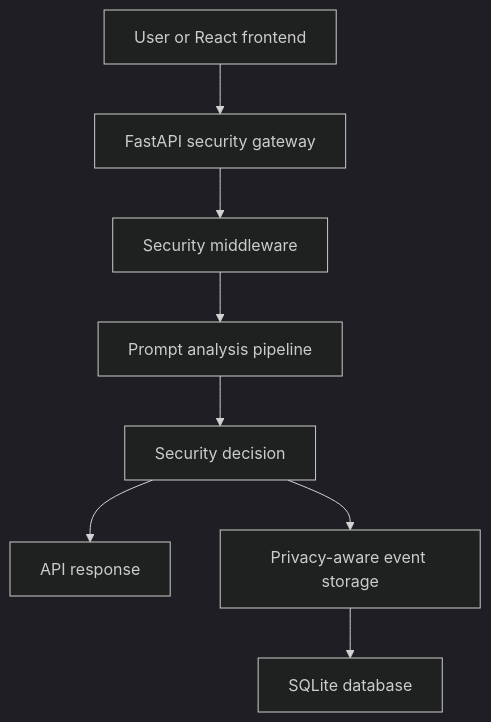
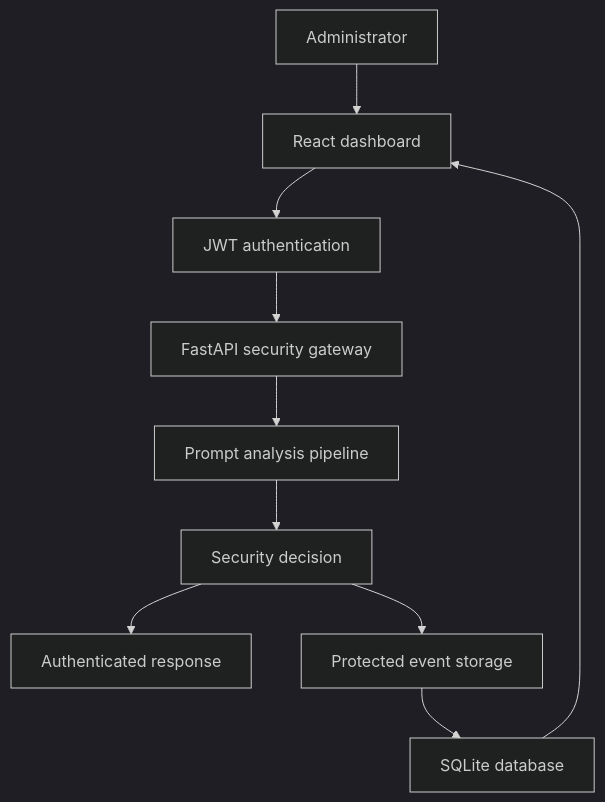
The first of 8 diagrams in ARCHITECTURE.md (sreemanbondada-sudo/PromptShield), drawn with Mermaid (dark theme) before and after one commit. The commit also changed other lines of this file, not shown here.

Commit message:
docs: update authentication architecture

````diff
--- a/ARCHITECTURE.md
+++ b/ARCHITECTURE.md
@@ -13,10 +27,12 @@
 ```mermaid
 flowchart TD
-    A[User or React frontend] --> B[FastAPI security gateway]
-    B --> C[Security middleware]
-    C --> D[Prompt analysis pipeline]
-    D --> E[Security decision]
-    E --> F[API response]
-    E --> G[Privacy-aware event storage]
-    G --> H[SQLite database]
+    A[Administrator] --> B[React dashboard]
+    B --> C[JWT authentication]
+    C --> D[FastAPI security gateway]
+    D --> E[Prompt analysis pipeline]
+    E --> F[Security decision]
+    F --> G[Authenticated response]
+    F --> H[Protected event storage]
+    H --> I[SQLite database]
+    I --> B
 ```
````
